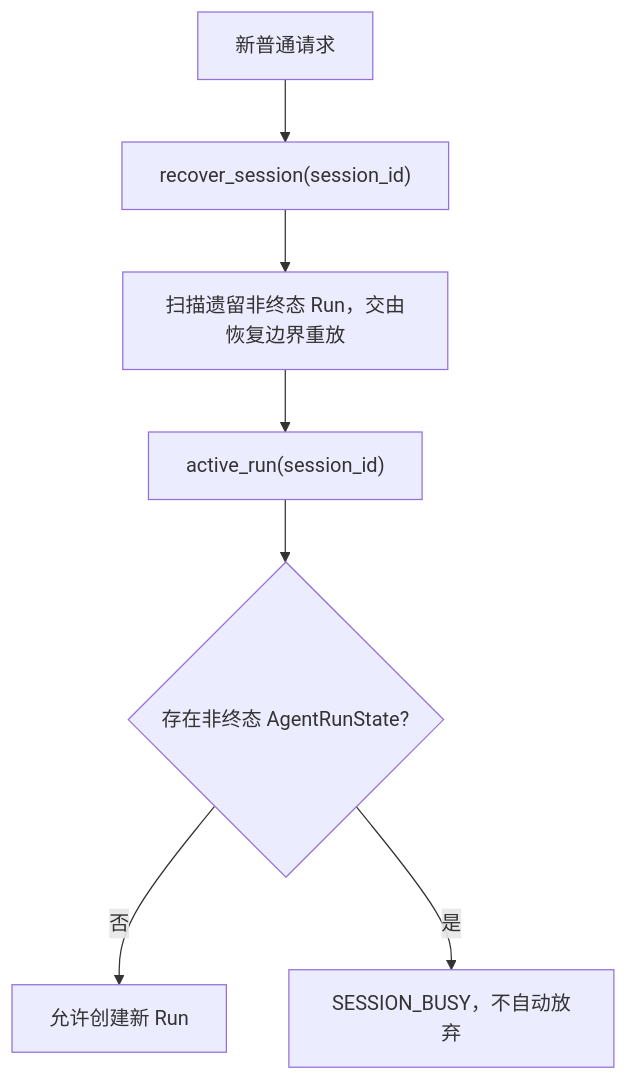
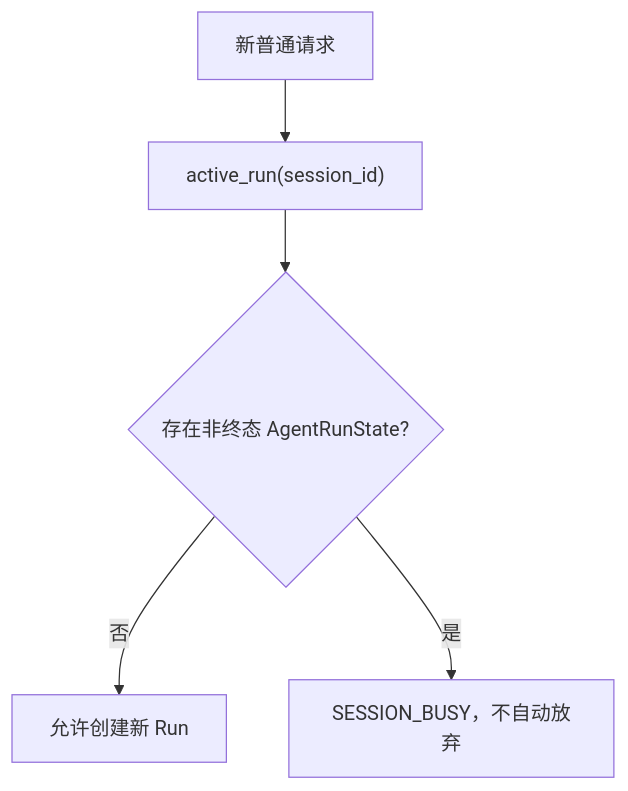
One commit to aandbcct/dotClaw changed the tenth of 22 diagrams in docs/wiki/Session 模块总体说明.md. Above: the diagram before and after it, drawn with Mermaid. The commit also changed other lines of this file and 25 other files, not shown here.

````diff
--- a/docs/wiki/Session 模块总体说明.md
+++ b/docs/wiki/Session 模块总体说明.md
@@ -1190,9 +1189,7 @@
 ```mermaid
 flowchart TD
-    New["新普通请求"] --> Recover["recover_session(session_id)"]
-    Recover --> Scan["扫描遗留非终态 Run，交由恢复边界重放"]
-    Scan --> Active["active_run(session_id)"]
+    New["新普通请求"] --> Active["active_run(session_id)"]
     Active --> None{"存在非终态 AgentRunState?"}
     None -->|否| Allow["允许创建新 Run"]
     None -->|是| Busy["SESSION_BUSY，不自动放弃"]
 ```
````
